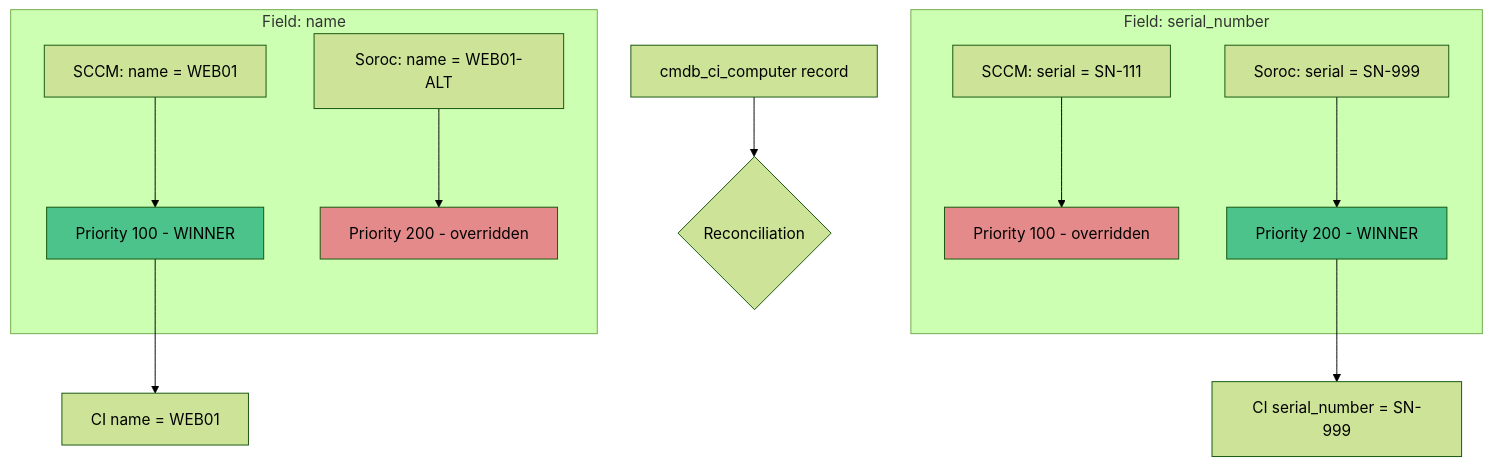
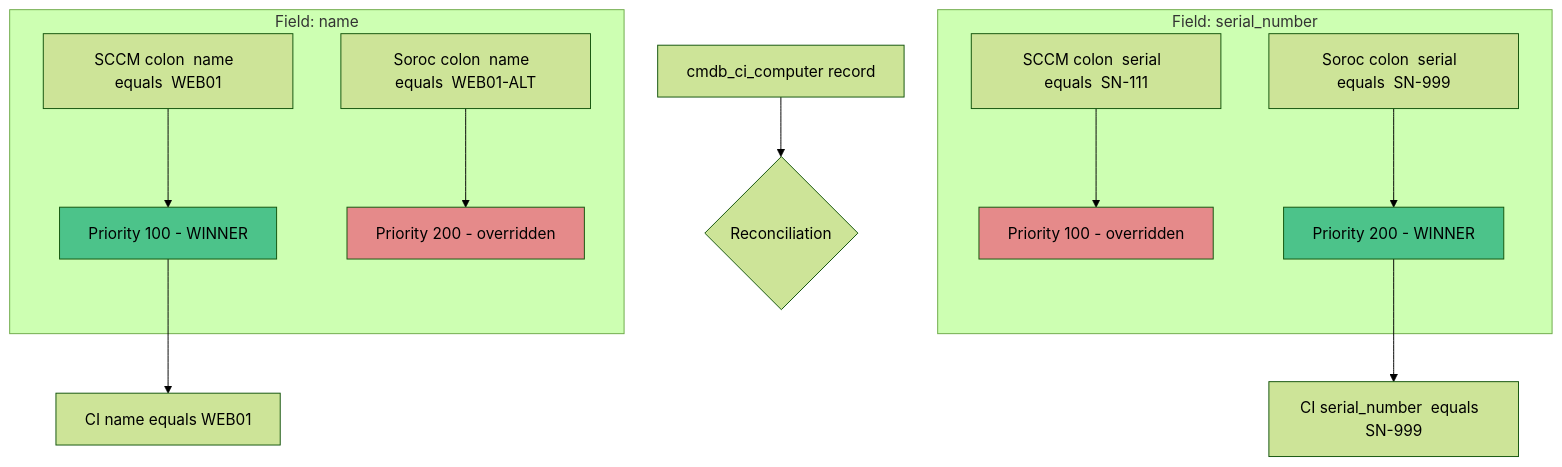
Diagram 12 of 22 in docs/modules/cmdb/cmdb-guide.md (eltonaguiar/ServiceNow_Learning_TSOM-_CSM_FSM_SalesCRM_HAM_ITSM), drawn with Mermaid (forest theme) before and after one commit. The commit also changed other lines of this file and 19 other files, not shown here.

Commit message:
Fix all Mermaid diagram special characters - replace dollar, parens, slashes, quotes, pipes, nested brackets and other unsafe chars inside brackets with safe alternatives across 19 files

````diff
--- a/docs/modules/cmdb/cmdb-guide.md
+++ b/docs/modules/cmdb/cmdb-guide.md
@@ -1165,23 +1165,23 @@
 ```mermaid
 flowchart TD
     CI[cmdb_ci_computer record] --> RECON{Reconciliation}
 
     subgraph "Field: name"
-        SCCM[SCCM: name = WEB01] --> P1[Priority 100  -  WINNER]
-        Soroc[Soroc: name = WEB01-ALT] --> P2[Priority 200  -  overridden]
+        SCCM[SCCM colon  name  equals  WEB01] --> P1[Priority 100  -  WINNER]
+        Soroc[Soroc colon  name  equals  WEB01-ALT] --> P2[Priority 200  -  overridden]
     end
 
     subgraph "Field: serial_number"
-        SCCM2[SCCM: serial = SN-111] --> P3[Priority 100  -  overridden]
-        Soroc2[Soroc: serial = SN-999] --> P4[Priority 200  -  WINNER]
+        SCCM2[SCCM colon  serial  equals  SN-111] --> P3[Priority 100  -  overridden]
+        Soroc2[Soroc colon  serial  equals  SN-999] --> P4[Priority 200  -  WINNER]
     end
 
-    P1 --> FINAL[CI name = WEB01]
-    P4 --> FINAL2[CI serial_number = SN-999]
+    P1 --> FINAL[CI name  equals  WEB01]
+    P4 --> FINAL2[CI serial_number  equals  SN-999]
 
     style P1 fill:#4cc38a,color:#000
     style P4 fill:#4cc38a,color:#000
     style P2 fill:#e58a8a,color:#000
     style P3 fill:#e58a8a,color:#000
 
 ```
````
